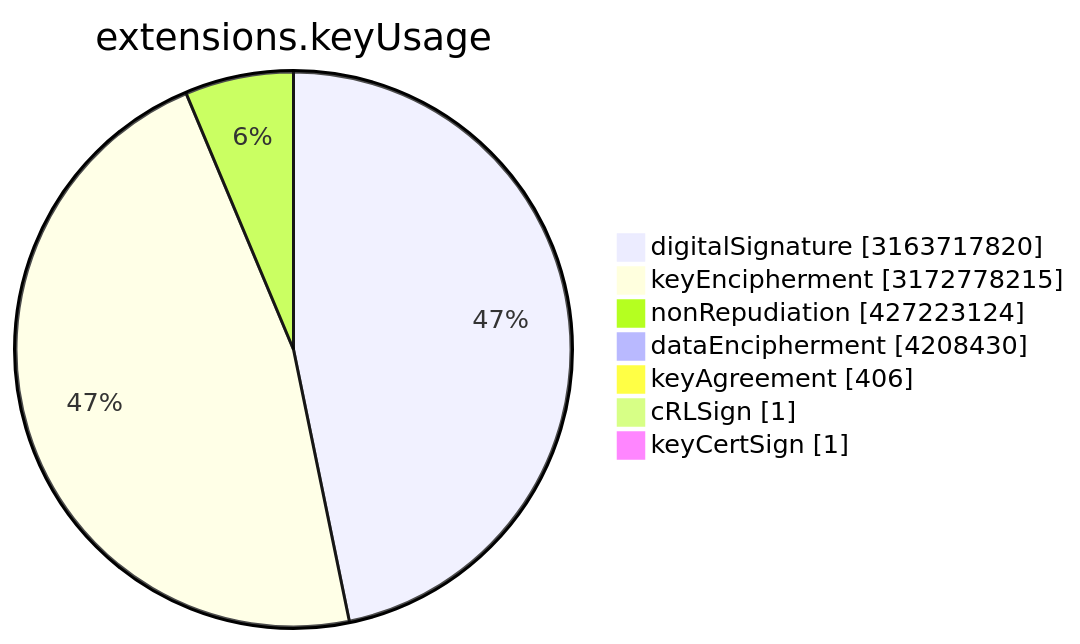
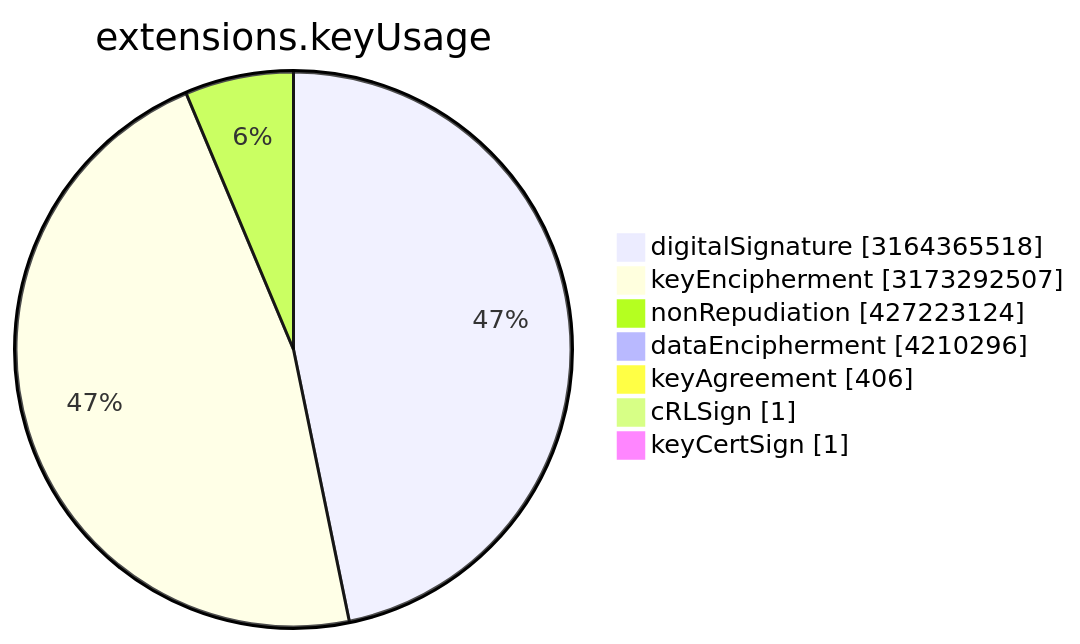
The sixth of 15 diagrams in TOTAL/README.md (christiankrug/ctmonitor_visualization), drawn with Mermaid before and after one commit. The commit also changed other lines of this file, not shown here.

````diff
--- a/TOTAL/README.md
+++ b/TOTAL/README.md
@@ -3077,11 +3077,11 @@
 ```mermaid
 pie showData
 title extensions.keyUsage
-"digitalSignature" :3163717820
-"keyEncipherment" :3172778215
+"digitalSignature" :3164365518
+"keyEncipherment" :3173292507
 "nonRepudiation" :427223124
-"dataEncipherment" :4208430
+"dataEncipherment" :4210296
 "keyAgreement" :406
 "cRLSign" :1
 "keyCertSign" :1
 ```
````
